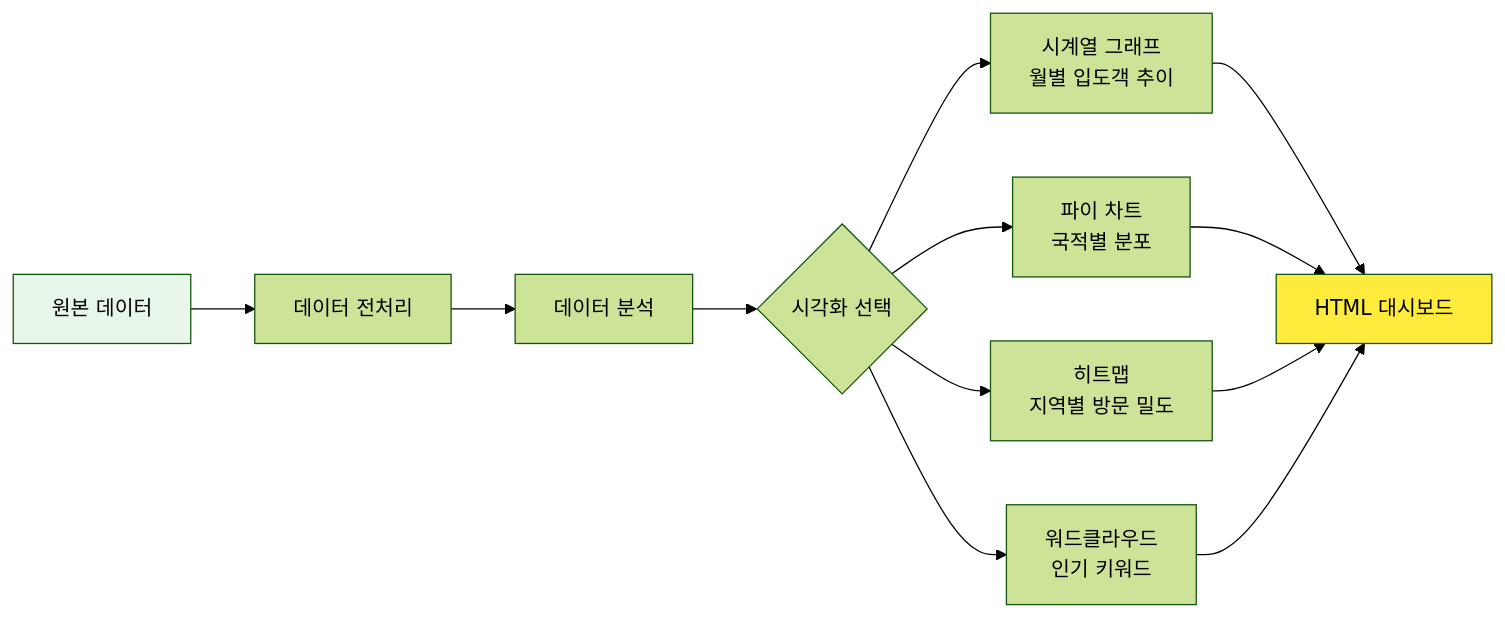
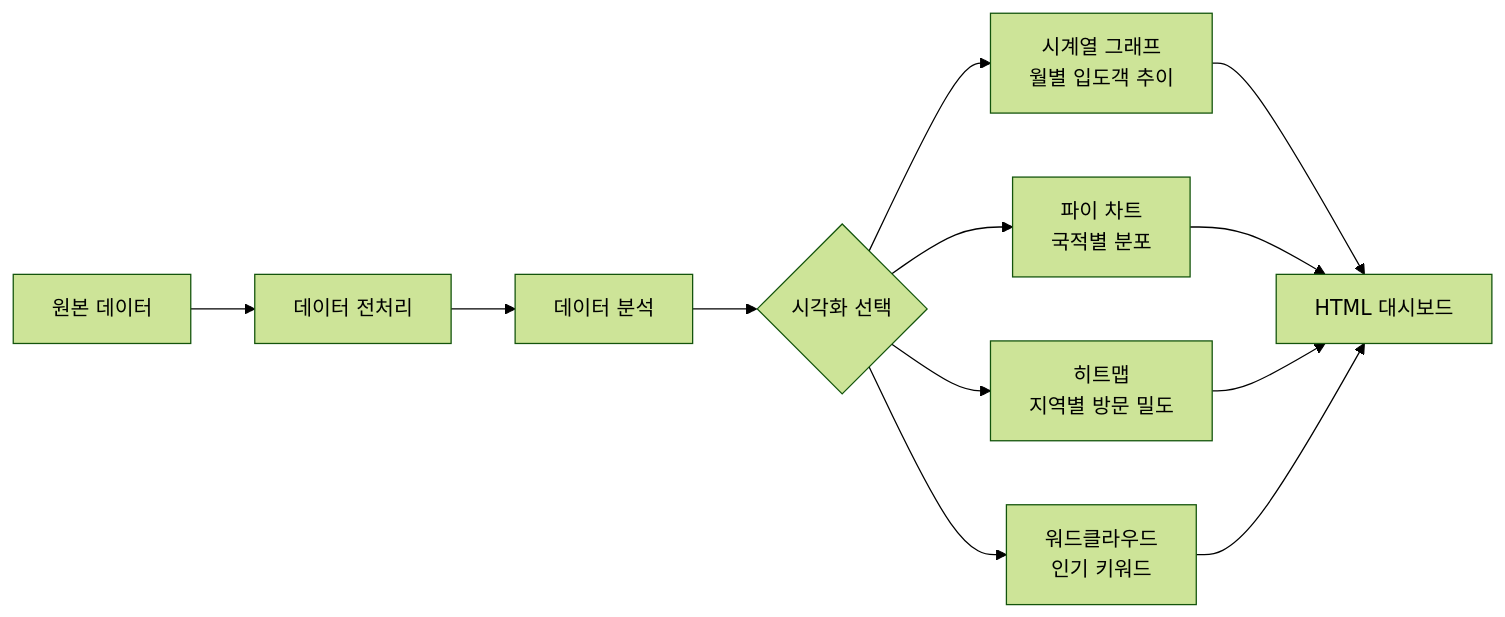
The fourth of 7 diagrams in _md/genai-notion/chapter04/04-2.md (nugurejeil/weniVooks), drawn with Mermaid (forest theme) before and after one commit. The commit also changed other lines of this file and 187 other files, not shown here.

````diff
--- a/_md/genai-notion/chapter04/04-2.md
+++ b/_md/genai-notion/chapter04/04-2.md
@@ -141,19 +142,17 @@
 ```mermaid
 graph LR
     A[원본 데이터] --> B[데이터 전처리]
     B --> C[데이터 분석]
     C --> D{시각화 선택}
 
     D --> E[시계열 그래프<br/>월별 입도객 추이]
     D --> F[파이 차트<br/>국적별 분포]
     D --> G[히트맵<br/>지역별 방문 밀도]
     D --> H[워드클라우드<br/>인기 키워드]
 
     E --> I[HTML 대시보드]
     F --> I
     G --> I
     H --> I
 
-    style A fill:#E8F5E9
-    style I fill:#FFEB3B,color:#000
 ```
````
